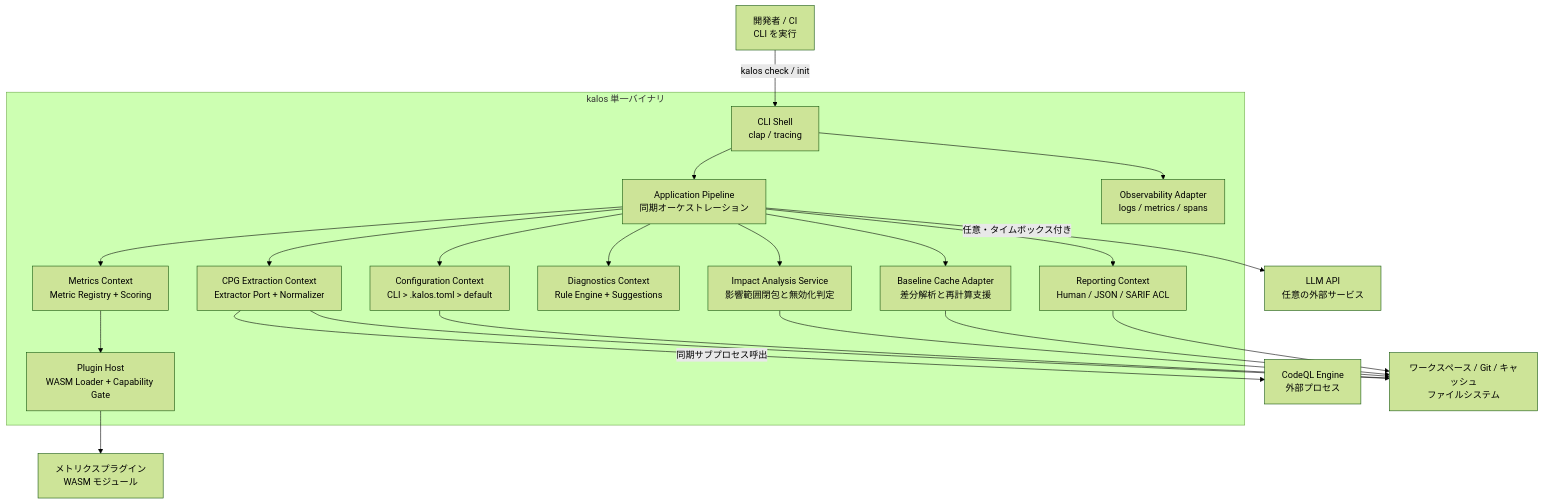
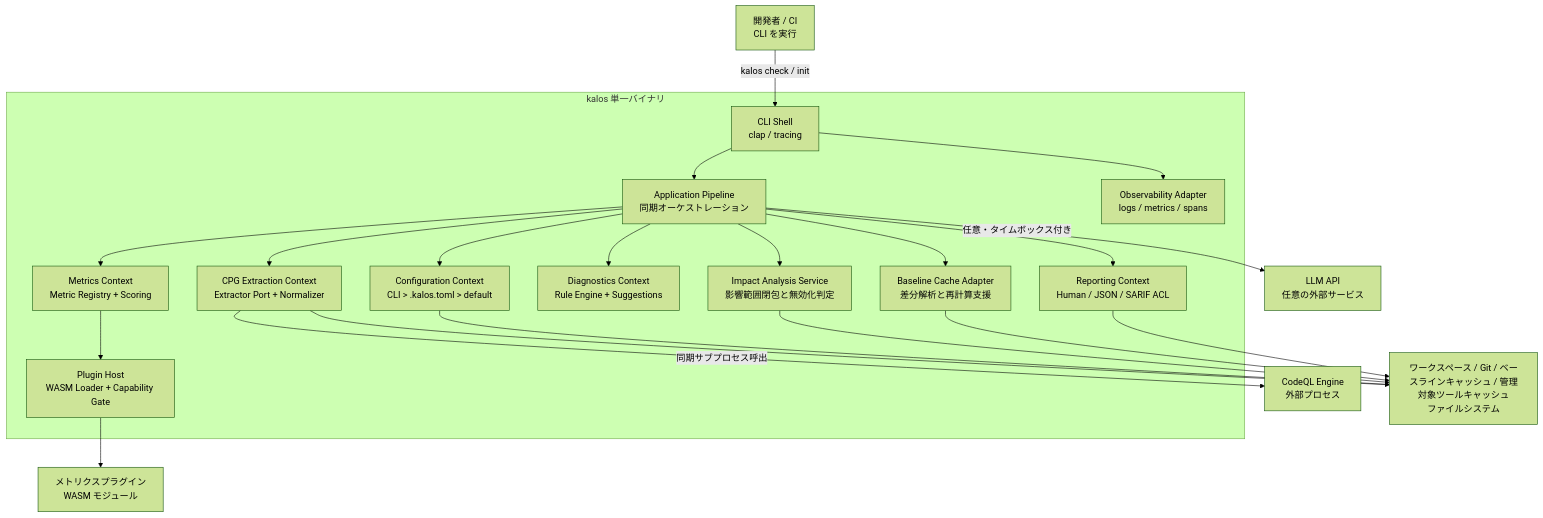
Before and after one commit to RK0429/kalos: the second of 4 diagrams in docs/architecture.md, drawn with Mermaid (forest theme). The commit also changed other lines of this file and 7 other files, not shown here.

Commit message:
chore: Update architecture, domain model, and requirements documents to version 0.2.0, reflecting recent changes in input files, design goals, and metrics definitions

````diff
--- a/docs/architecture.md
+++ b/docs/architecture.md
@@ -95,42 +95,42 @@
 ```mermaid
 graph TB
     User[開発者 / CI<br>CLI を実行]
     CodeQL[CodeQL Engine<br>外部プロセス]
     LLM[LLM API<br>任意の外部サービス]
-    FS[ワークスペース / Git / キャッシュ<br>ファイルシステム]
+    FS[ワークスペース / Git / ベースラインキャッシュ / 管理対象ツールキャッシュ<br>ファイルシステム]
     PluginPkg[メトリクスプラグイン<br>WASM モジュール]
 
     subgraph Kalos["kalos 単一バイナリ"]
         CLI[CLI Shell<br>clap / tracing]
         App[Application Pipeline<br>同期オーケストレーション]
         Config[Configuration Context<br>CLI > .kalos.toml > default]
         Cpg[CPG Extraction Context<br>Extractor Port + Normalizer]
         Metrics[Metrics Context<br>Metric Registry + Scoring]
         Diagnostics[Diagnostics Context<br>Rule Engine + Suggestions]
         Report[Reporting Context<br>Human / JSON / SARIF ACL]
         PluginHost[Plugin Host<br>WASM Loader + Capability Gate]
         Impact[Impact Analysis Service<br>影響範囲閉包と無効化判定]
         Cache[Baseline Cache Adapter<br>差分解析と再計算支援]
         Obs[Observability Adapter<br>logs / metrics / spans]
     end
 
     User -->|kalos check / init| CLI
     CLI --> App
     App --> Config
     App --> Cpg
     App --> Metrics
     App --> Diagnostics
     App --> Report
     App --> Impact
     App --> Cache
     CLI --> Obs
     Metrics --> PluginHost
     Cpg -->|同期サブプロセス呼出| CodeQL
     App -->|任意・タイムボックス付き| LLM
     PluginHost --> PluginPkg
     Cpg --> FS
     Config --> FS
     Impact --> FS
     Cache --> FS
     Report --> FS
 ```
````
